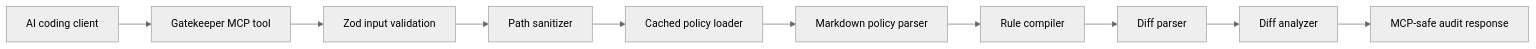
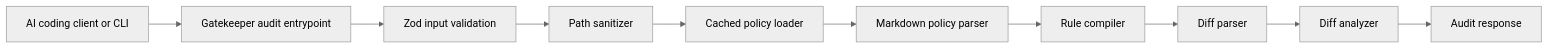
Before and after one commit to ParthibanRajasekaran/gatekeeper-mcp: the second of 2 diagrams in README.md, drawn with Mermaid (neutral theme). The commit also changed other lines of this file, not shown here.

Commit message:
Document CLI usage and dual-mode architecture

````diff
--- a/README.md
+++ b/README.md
@@ -69,12 +73,12 @@
 ```mermaid
 flowchart LR
-    A[AI coding client] --> B[Gatekeeper MCP tool]
+    A[AI coding client or CLI] --> B[Gatekeeper audit entrypoint]
     B --> C[Zod input validation]
     C --> D[Path sanitizer]
     D --> E[Cached policy loader]
     E --> F[Markdown policy parser]
     F --> G[Rule compiler]
     G --> H[Diff parser]
     H --> I[Diff analyzer]
-    I --> J[MCP-safe audit response]
+    I --> J[Audit response]
 ```
````
